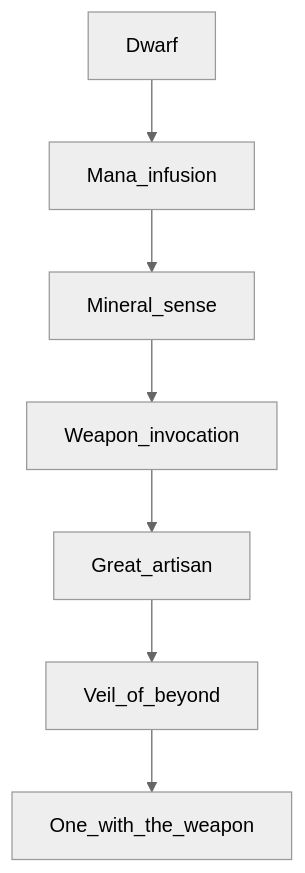
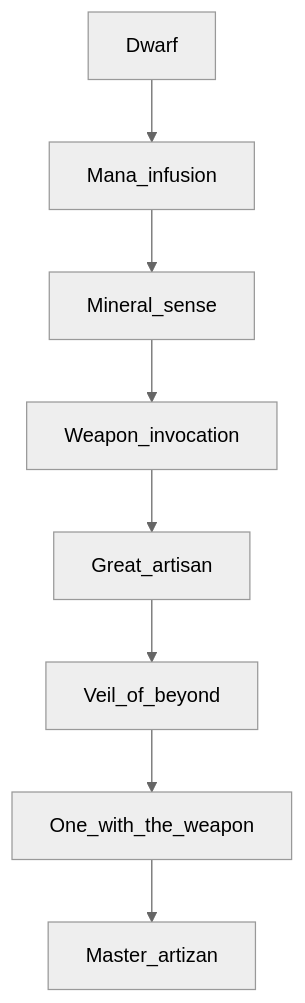
One commit to MariadlRosa-1224/isles-of-vielora changed the diagram in races/remnants/dwarf.md. Above: the diagram before and after it, drawn with Mermaid (neutral theme). The commit also changed other lines of this file and 6 other files, not shown here.

```diff
--- a/races/remnants/dwarf.md
+++ b/races/remnants/dwarf.md
@@ -57,9 +61,10 @@
 ::: mermaid
 graph TD;
 Dwarf --> Mana_infusion;
 Mana_infusion --> Mineral_sense;
 Mineral_sense --> Weapon_invocation;
 Weapon_invocation --> Great_artisan;
 Great_artisan --> Veil_of_beyond;
 Veil_of_beyond --> One_with_the_weapon;
+One_with_the_weapon --> Master_artizan
 :::
```
